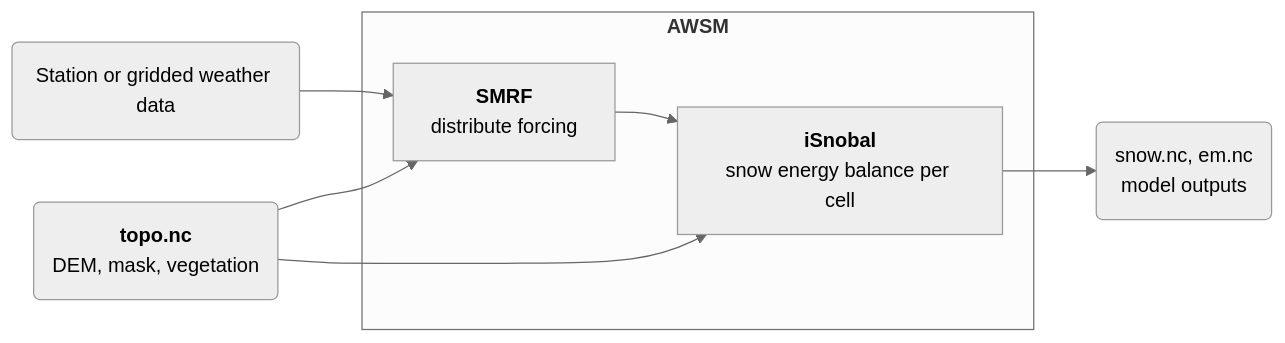
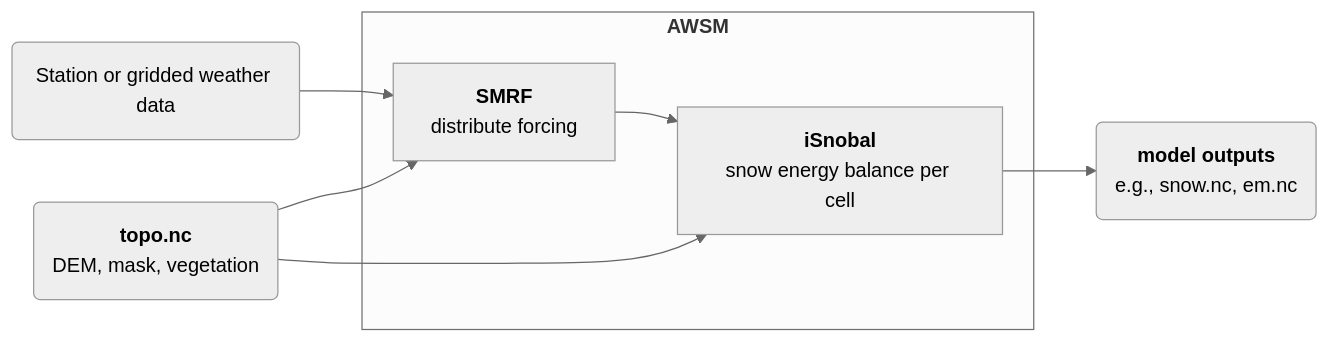
One commit to jmichellehu/model_setup changed the diagram in docs/intro.md. Above: the diagram before and after it, drawn with Mermaid (neutral theme). The commit also changed other lines of this file and 2 other files, not shown here.

````diff
--- a/docs/intro.md
+++ b/docs/intro.md
@@ -13,12 +11,12 @@
 ```{mermaid}
 flowchart LR
     A(Station or gridded weather data) --> B["`**SMRF**`"<br/>distribute forcing]
     T("`**topo.nc**`"<br/>DEM, mask, vegetation) --> B
     B --> C["`**iSnobal**`"<br/>snow energy balance per cell]
     T --> C
-    C --> D(snow.nc, em.nc<br/>model outputs)
+    C --> D("`**model outputs**`"<br/>e.g., snow.nc, em.nc)
     subgraph "`**AWSM**`"
       B
       C
     end
 ```
````
